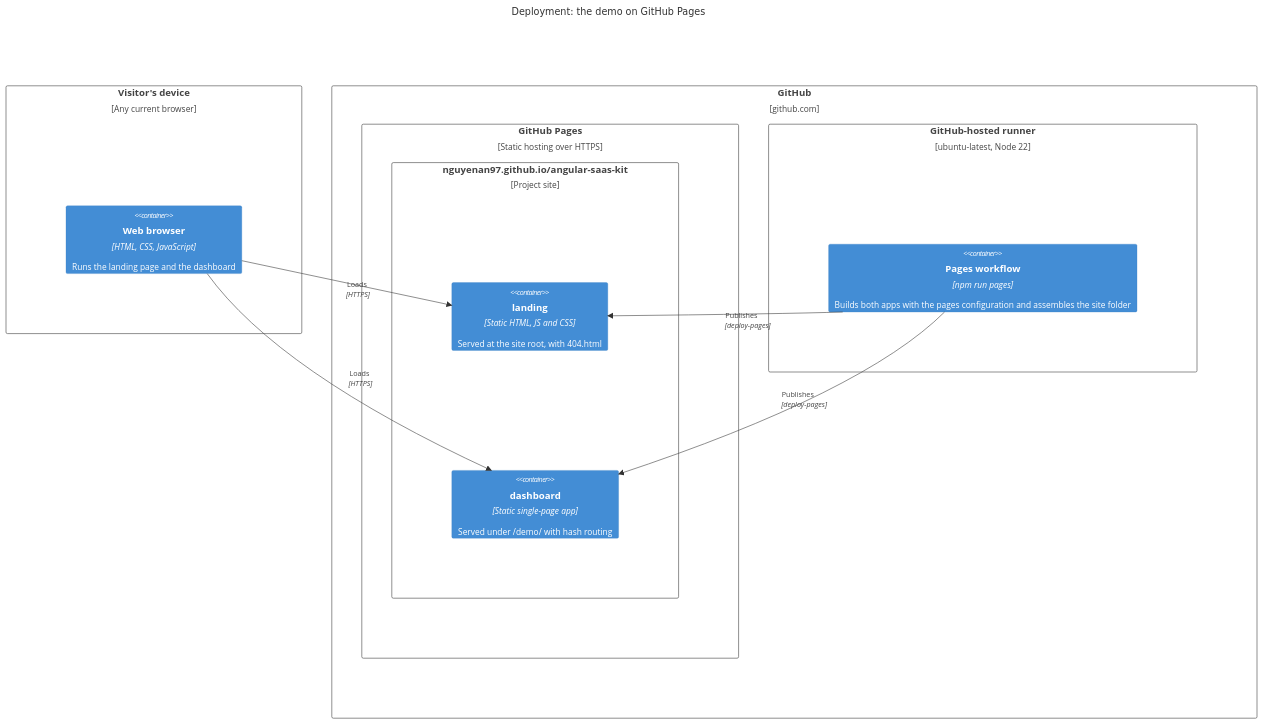
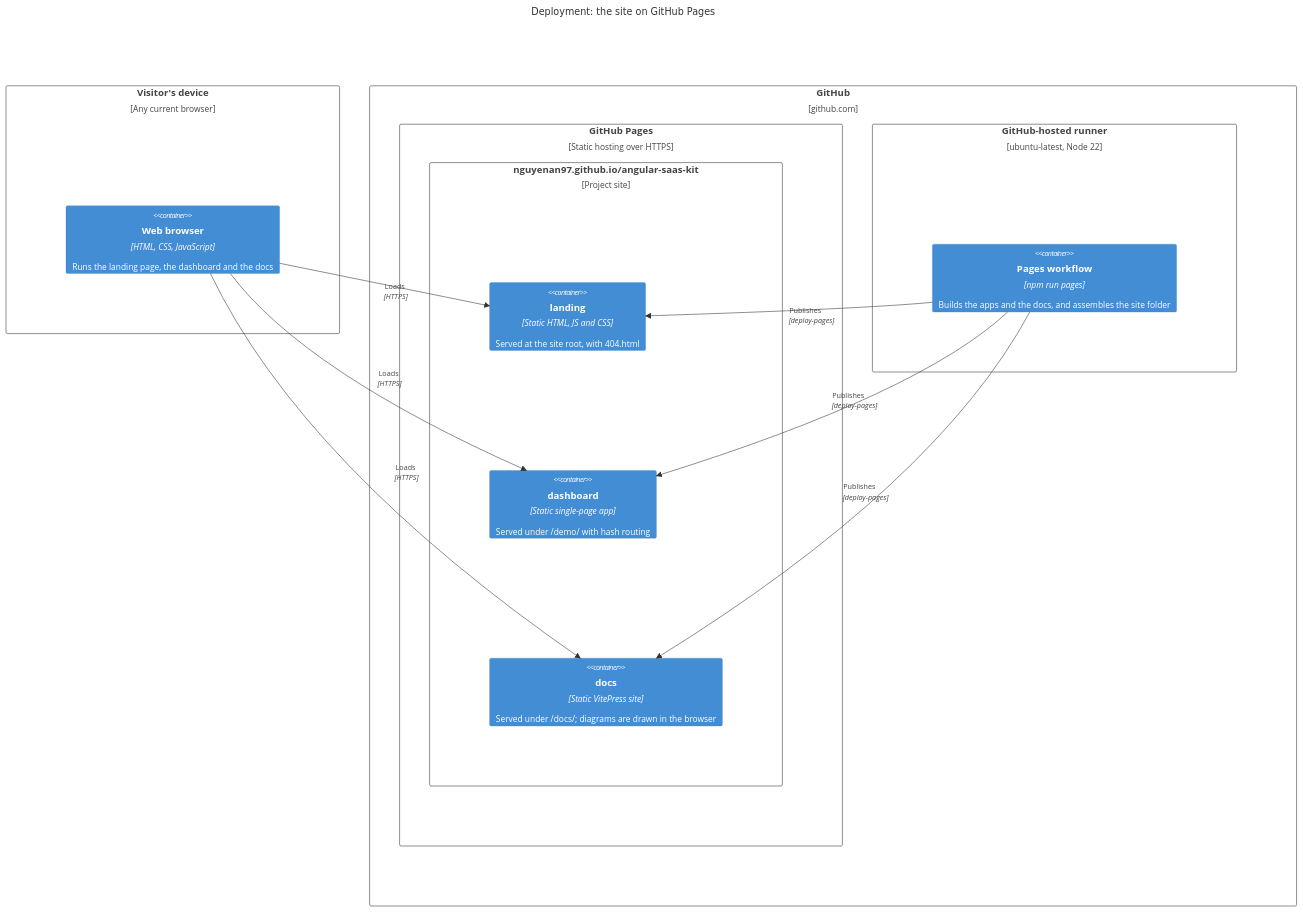
The first of 3 diagrams in docs/architecture/c4-deployment.md (nguyenan97/angular-saas-kit), drawn with Mermaid before and after one commit. The commit also changed other lines of this file and 41 other files, not shown here.

First line of the commit message:
docs: add a documentation site (VitePress) at /docs/ on the Pages site (#27)

````diff
--- a/docs/architecture/c4-deployment.md
+++ b/docs/architecture/c4-deployment.md
@@ -11,26 +13,29 @@
 ```mermaid
 %%{init: {"c4": {"c4ShapeMargin": 100}}}%%
 C4Deployment
-  title Deployment: the demo on GitHub Pages
+  title Deployment: the site on GitHub Pages
 
   Deployment_Node(device, "Visitor's device", "Any current browser") {
-    Container(browser, "Web browser", "HTML, CSS, JavaScript", "Runs the landing page and the dashboard")
+    Container(browser, "Web browser", "HTML, CSS, JavaScript", "Runs the landing page, the dashboard and the docs")
   }
 
   Deployment_Node(gh, "GitHub", "github.com") {
     Deployment_Node(pages, "GitHub Pages", "Static hosting over HTTPS") {
       Deployment_Node(site, "nguyenan97.github.io/angular-saas-kit", "Project site") {
         Container(landing, "landing", "Static HTML, JS and CSS", "Served at the site root, with 404.html")
         Container(dashboard, "dashboard", "Static single-page app", "Served under /demo/ with hash routing")
+        Container(docs, "docs", "Static VitePress site", "Served under /docs/; diagrams are drawn in the browser")
       }
     }
     Deployment_Node(runner, "GitHub-hosted runner", "ubuntu-latest, Node 22") {
-      Container(build, "Pages workflow", "npm run pages", "Builds both apps with the pages configuration and assembles the site folder")
+      Container(build, "Pages workflow", "npm run pages", "Builds the apps and the docs, and assembles the site folder")
     }
   }
 
   Rel(browser, landing, "Loads", "HTTPS")
   Rel(browser, dashboard, "Loads", "HTTPS")
+  Rel(browser, docs, "Loads", "HTTPS")
   Rel(build, landing, "Publishes", "deploy-pages")
   Rel(build, dashboard, "Publishes", "deploy-pages")
+  Rel(build, docs, "Publishes", "deploy-pages")
 ```
````
